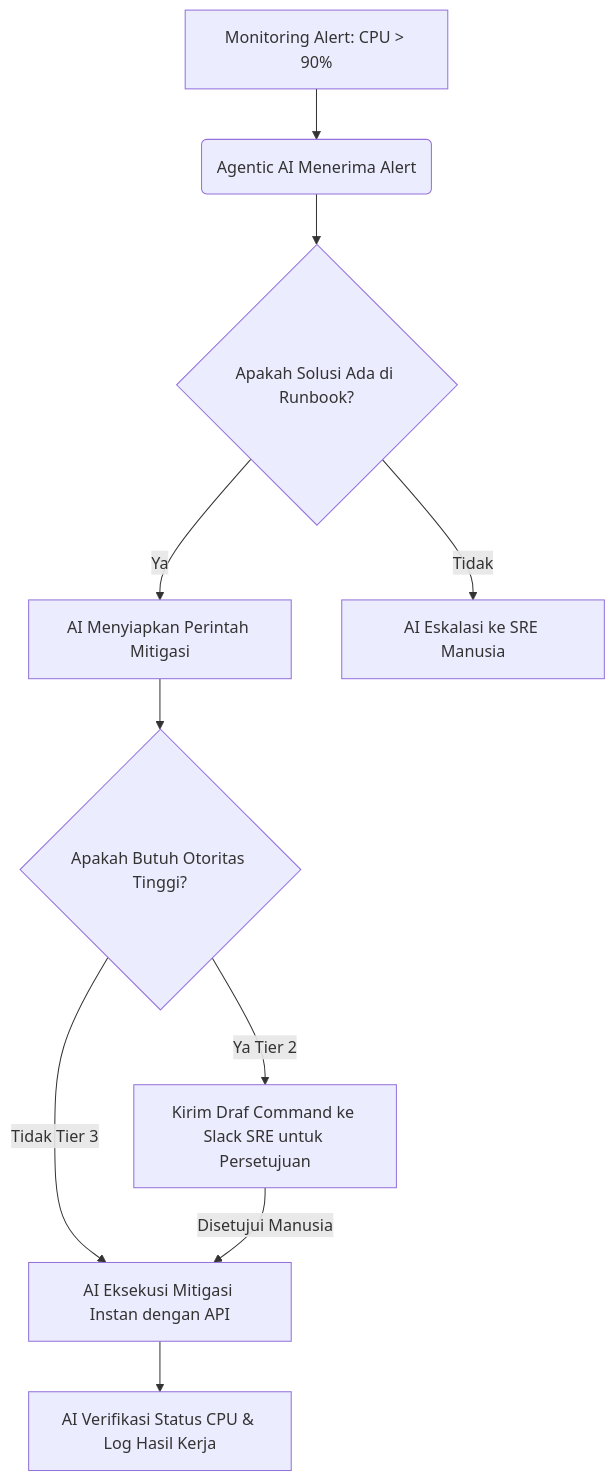
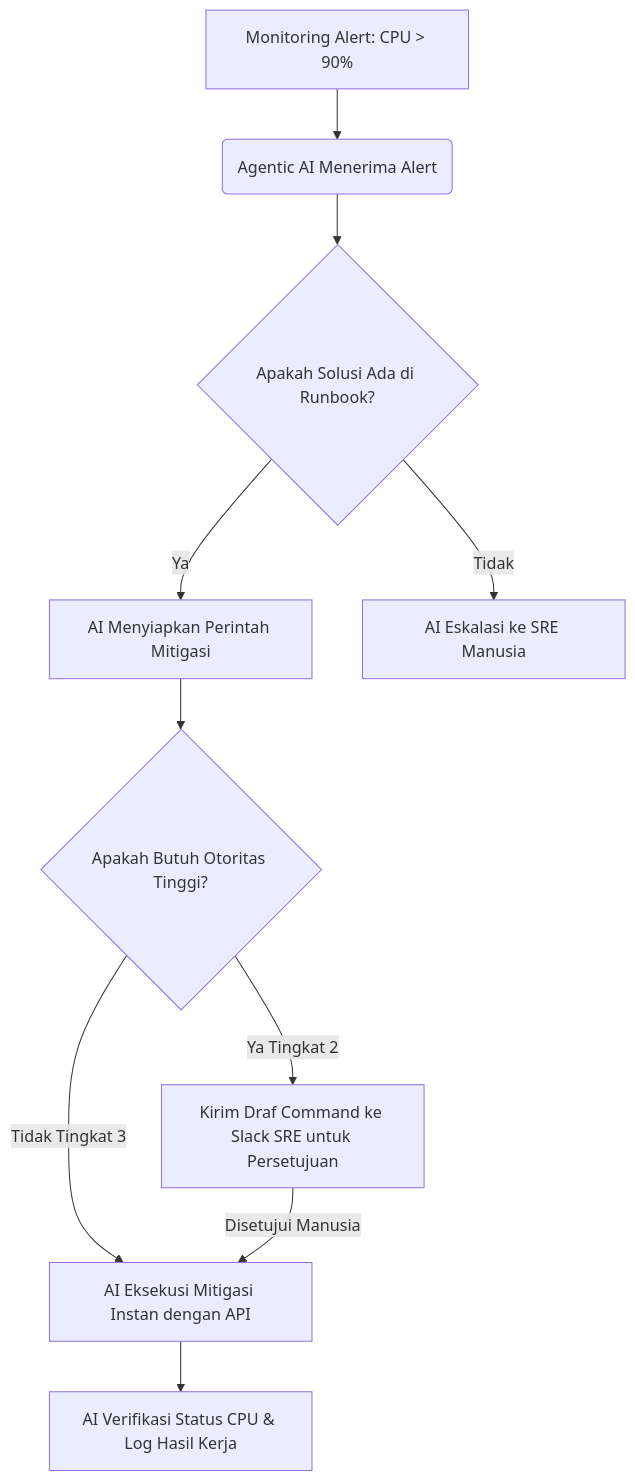
Before and after one commit to abdul-zailani/abdul-zailani.github.io: the diagram in _posts/2026-08-16-mendesain-alur-kerja-agentic-ai.md, drawn with Mermaid. The commit also changed other lines of this file and 2 other files, not shown here.

````diff
--- a/_posts/2026-08-16-mendesain-alur-kerja-agentic-ai.md
+++ b/_posts/2026-08-16-mendesain-alur-kerja-agentic-ai.md
@@ -84,12 +82,12 @@
 ```mermaid
 graph TD
     A[Monitoring Alert: CPU > 90%] --> B(Agentic AI Menerima Alert)
     B --> C{Apakah Solusi Ada di Runbook?}
     C -- Ya --> D[AI Menyiapkan Perintah Mitigasi]
     C -- Tidak --> E[AI Eskalasi ke SRE Manusia]
     D --> F{Apakah Butuh Otoritas Tinggi?}
-    F -- Ya Tier 2 --> G[Kirim Draf Command ke Slack SRE untuk Persetujuan]
-    F -- Tidak Tier 3 --> H[AI Eksekusi Mitigasi Instan dengan API]
+    F -- Ya Tingkat 2 --> G[Kirim Draf Command ke Slack SRE untuk Persetujuan]
+    F -- Tidak Tingkat 3 --> H[AI Eksekusi Mitigasi Instan dengan API]
     G -->|Disetujui Manusia| H
     H --> I[AI Verifikasi Status CPU & Log Hasil Kerja]
 ```
````
